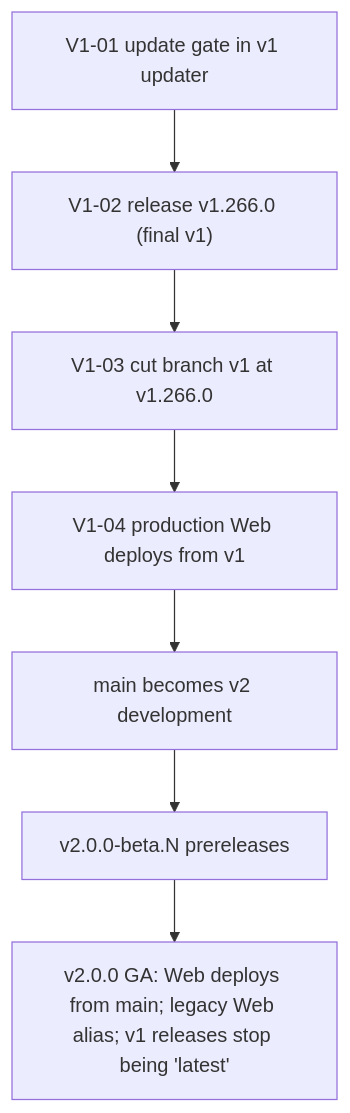
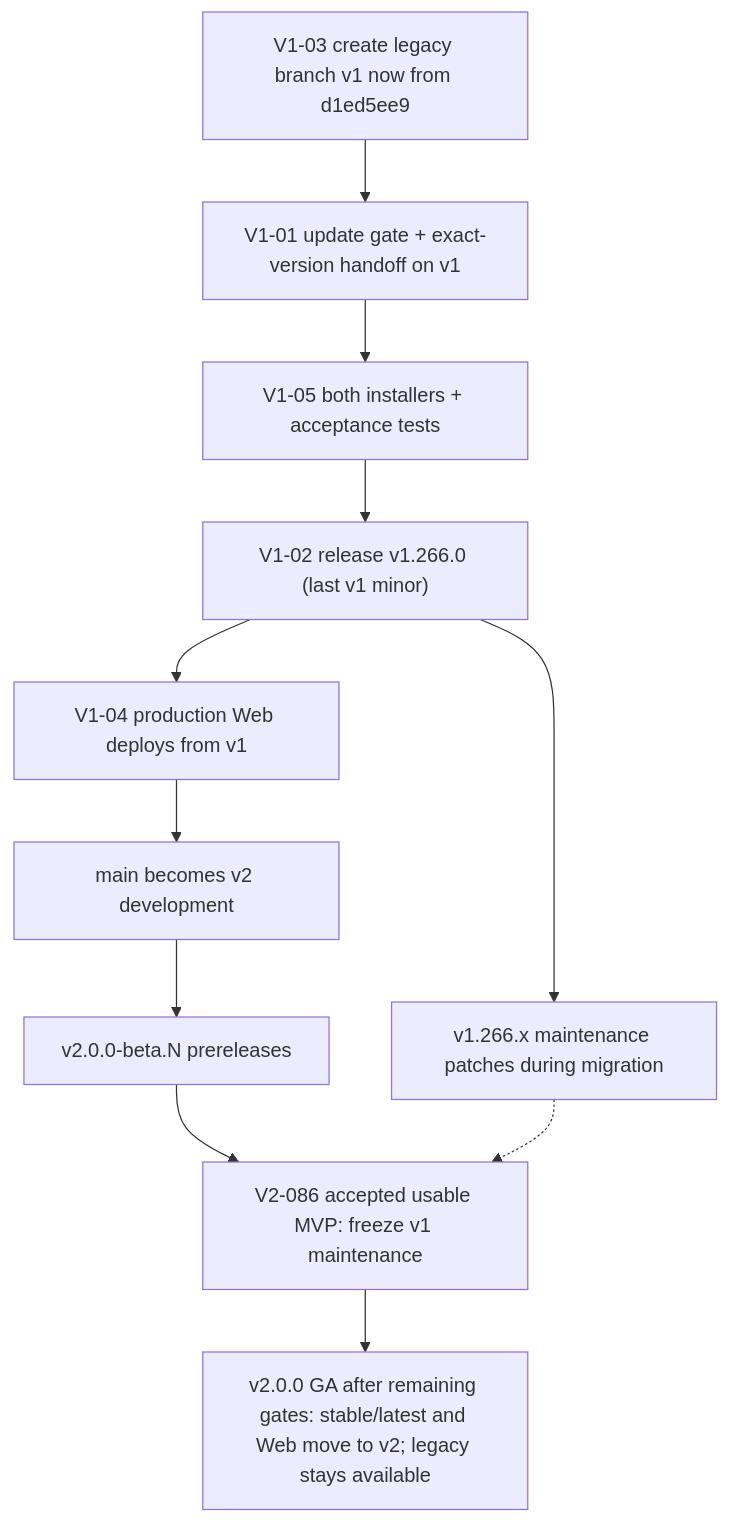
The third of 3 diagrams in v2-plan.md (verseles/codewalk), drawn with Mermaid before and after one commit. The commit also changed other lines of this file and 1 other file, not shown here.

Commit message:
docs(transition): define legacy v1 branch and v2 migration gates

````diff
--- a/v2-plan.md
+++ b/v2-plan.md
@@ -986,9 +987,13 @@
 ```mermaid
 flowchart TD
-  A["V1-01 update gate in v1 updater"] --> B["V1-02 release v1.266.0 (final v1)"]
-  B --> C["V1-03 cut branch v1 at v1.266.0"]
-  C --> D["V1-04 production Web deploys from v1"]
+  C["V1-03 create legacy branch v1 now from d1ed5ee9"] --> A["V1-01 update gate + exact-version handoff on v1"]
+  A --> I["V1-05 both installers + acceptance tests"]
+  I --> B["V1-02 release v1.266.0 (last v1 minor)"]
+  B --> D["V1-04 production Web deploys from v1"]
   D --> E["main becomes v2 development"]
   E --> F["v2.0.0-beta.N prereleases"]
-  F --> G["v2.0.0 GA: Web deploys from main; legacy Web alias; v1 releases stop being 'latest'"]
+  B --> P["v1.266.x maintenance patches during migration"]
+  F --> M["V2-086 accepted usable MVP: freeze v1 maintenance"]
+  P -.-> M
+  M --> G["v2.0.0 GA after remaining gates: stable/latest and Web move to v2; legacy stays available"]
 ```
````
